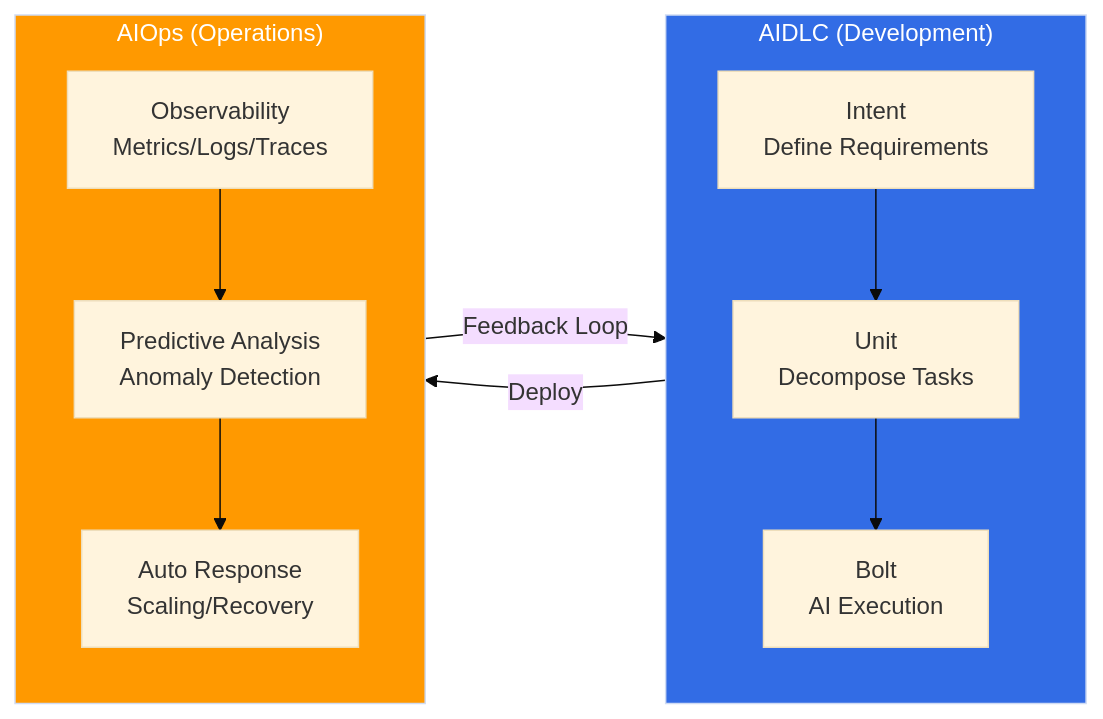
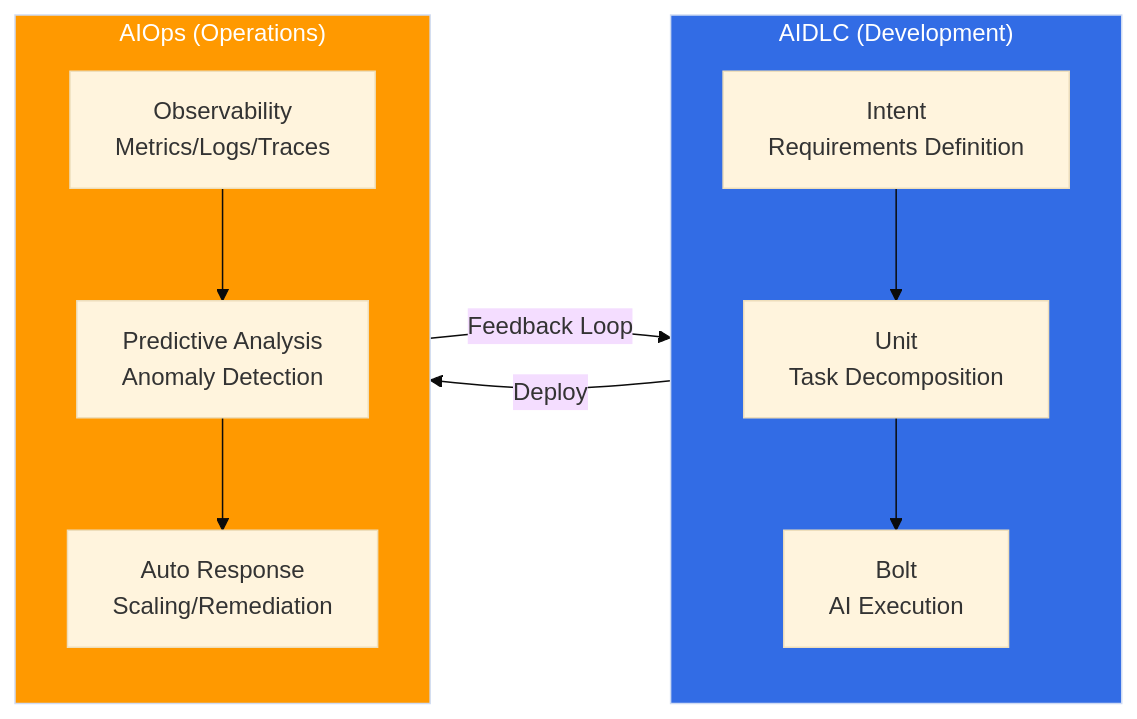
One commit to devfloor9/engineering-playbook changed the diagram in i18n/en/docusaurus-plugin-content-docs/current/aidlc/index.md. Above: the diagram before and after it, drawn with Mermaid (base theme). The commit also changed other lines of this file and 95 other files, not shown here.

````diff
--- a/i18n/en/docusaurus-plugin-content-docs/current/aidlc/index.md
+++ b/i18n/en/docusaurus-plugin-content-docs/current/aidlc/index.md
@@ -41,20 +41,20 @@
 ```mermaid
 flowchart LR
     subgraph AIDLC["AIDLC (Development)"]
         direction TB
-        INTENT["Intent<br/>Define Requirements"] --> UNIT["Unit<br/>Decompose Tasks"]
+        INTENT["Intent<br/>Requirements Definition"] --> UNIT["Unit<br/>Task Decomposition"]
         UNIT --> BOLT["Bolt<br/>AI Execution"]
     end
 
     subgraph AIOPS["AIOps (Operations)"]
         direction TB
         OBS["Observability<br/>Metrics/Logs/Traces"] --> PREDICT["Predictive Analysis<br/>Anomaly Detection"]
-        PREDICT --> AUTO["Auto Response<br/>Scaling/Recovery"]
+        PREDICT --> AUTO["Auto Response<br/>Scaling/Remediation"]
     end
 
     AIDLC -->|"Deploy"| AIOPS
     AIOPS -->|"Feedback Loop"| AIDLC
 
     style AIDLC fill:#326ce5,color:#fff
     style AIOPS fill:#ff9900,color:#fff
 ```
````
